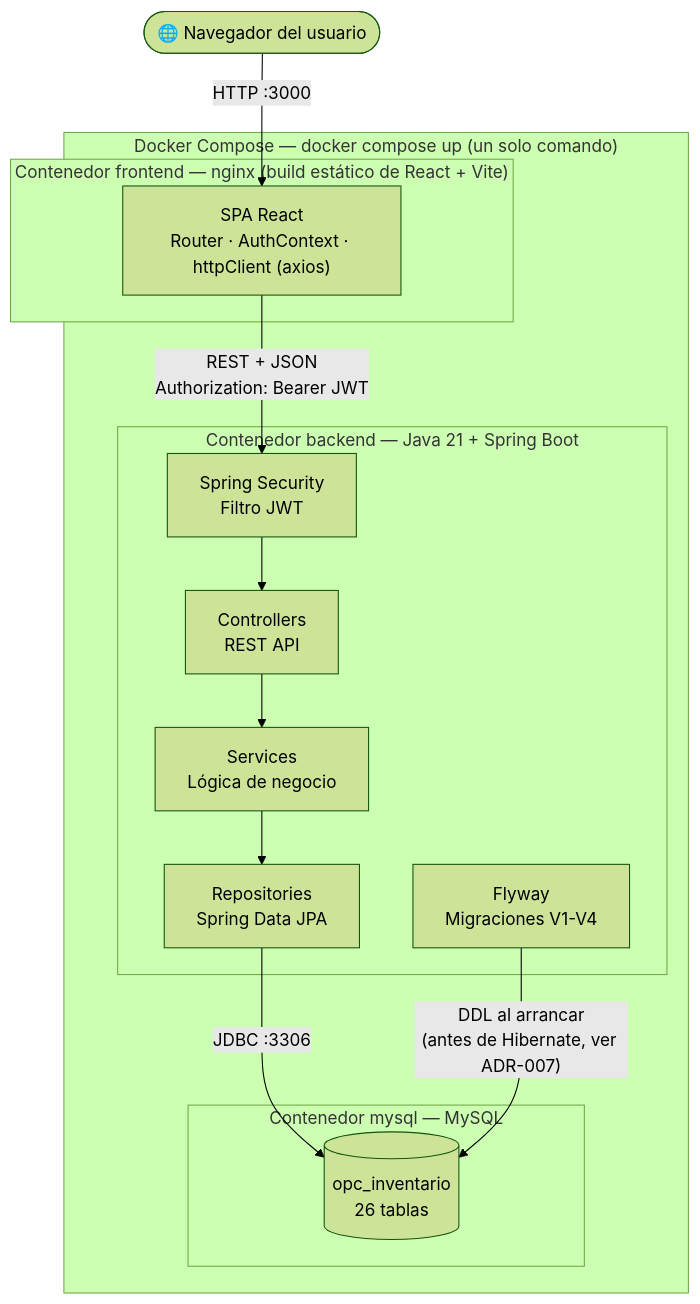
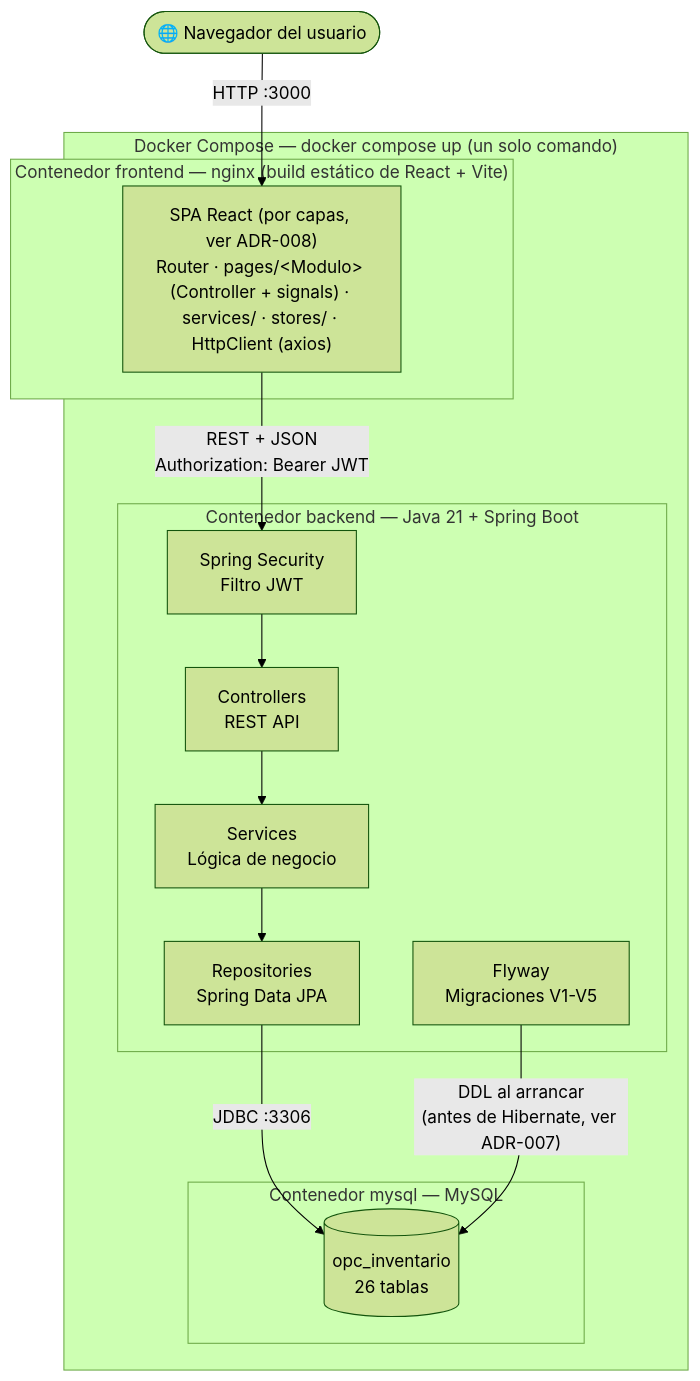
The second of 4 diagrams in requirements/Diagramas_Ingenieria.md (MarlonHolguin-gif/-OPC-inventory-management-system), drawn with Mermaid (forest theme) before and after one commit. The commit also changed 3 other files, not shown here.

````diff
--- a/requirements/Diagramas_Ingenieria.md
+++ b/requirements/Diagramas_Ingenieria.md
@@ -104,29 +104,29 @@
 ```mermaid
 flowchart TB
     Browser(["🌐 Navegador del usuario"])
 
     subgraph DockerCompose["Docker Compose — docker compose up (un solo comando)"]
         subgraph FrontendContainer["Contenedor frontend — nginx (build estático de React + Vite)"]
-            SPA["SPA React<br/>Router · AuthContext · httpClient (axios)"]
+            SPA["SPA React (por capas, ver ADR-008)<br/>Router · pages/&lt;Modulo&gt; (Controller + signals) · services/ · stores/ · HttpClient (axios)"]
         end
 
         subgraph BackendContainer["Contenedor backend — Java 21 + Spring Boot"]
             Security["Spring Security<br/>Filtro JWT"]
             Controllers["Controllers<br/>REST API"]
             Services["Services<br/>Lógica de negocio"]
             Repositories["Repositories<br/>Spring Data JPA"]
-            Flyway["Flyway<br/>Migraciones V1-V4"]
+            Flyway["Flyway<br/>Migraciones V1-V5"]
 
             Security --> Controllers --> Services --> Repositories
         end
 
         subgraph MySQLContainer["Contenedor mysql — MySQL"]
             DB[("opc_inventario<br/>26 tablas")]
         end
     end
 
     Browser -->|"HTTP :3000"| SPA
     SPA -->|"REST + JSON<br/>Authorization: Bearer JWT"| Security
     Repositories -->|"JDBC :3306"| DB
     Flyway -->|"DDL al arrancar<br/>(antes de Hibernate, ver ADR-007)"| DB
 ```
````
